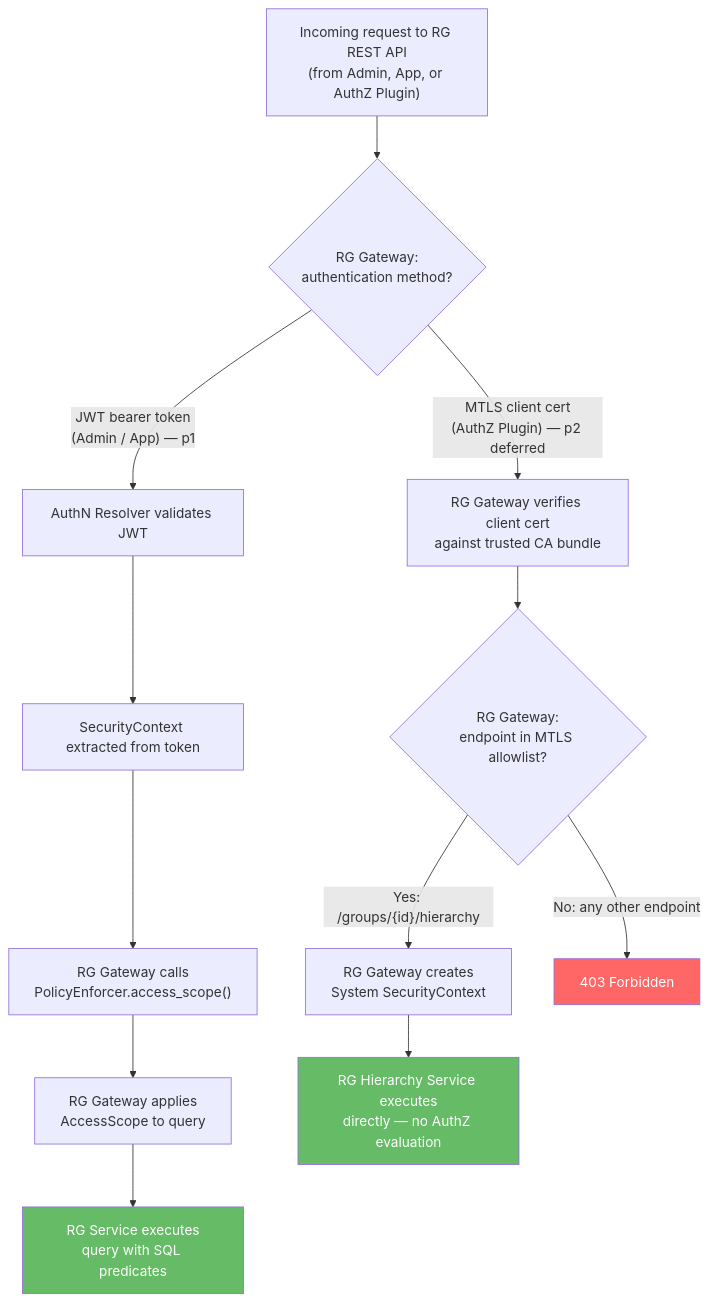
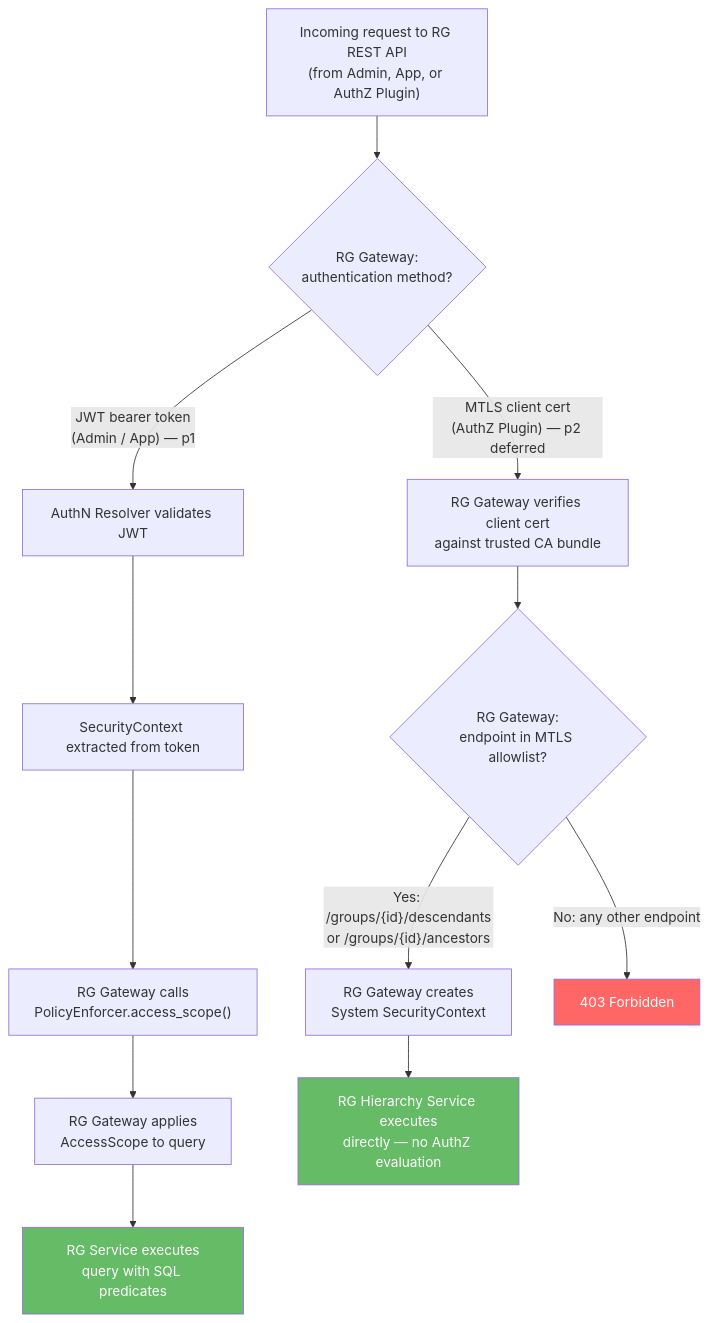
Before and after one commit to ffedoroff/gears-rust: the sixth of 8 diagrams in gears/system/resource-group/docs/DESIGN.md, drawn with Mermaid. The commit also changed other lines of this file and 8 other files, not shown here.

````diff
--- a/gears/system/resource-group/docs/DESIGN.md
+++ b/gears/system/resource-group/docs/DESIGN.md
@@ -989,20 +1019,20 @@
 ```mermaid
 flowchart TD
     REQ["Incoming request to RG REST API<br/>(from Admin, App, or AuthZ Plugin)"] --> AUTH_CHECK{RG Gateway:<br/>authentication method?}
 
     AUTH_CHECK -->|"JWT bearer token<br/>(Admin / App) — p1"| JWT_PATH[AuthN Resolver validates JWT]
     JWT_PATH --> SEC_CTX[SecurityContext extracted from token]
     SEC_CTX --> AUTHZ["RG Gateway calls<br/>PolicyEnforcer.access_scope()"]
     AUTHZ --> CONSTRAINTS[RG Gateway applies<br/>AccessScope to query]
     CONSTRAINTS --> EXEC["RG Service executes<br/>query with SQL predicates"]
 
     AUTH_CHECK -->|"MTLS client cert<br/>(AuthZ Plugin) — p2 deferred"| MTLS_PATH["RG Gateway verifies client cert<br/>against trusted CA bundle"]
     MTLS_PATH --> ENDPOINT_CHECK{RG Gateway:<br/>endpoint in MTLS allowlist?}
-    ENDPOINT_CHECK -->|"Yes: /groups/{id}/hierarchy"| SYSTEM_CTX["RG Gateway creates<br/>System SecurityContext"]
+    ENDPOINT_CHECK -->|"Yes: /groups/{id}/descendants<br/>or /groups/{id}/ancestors"| SYSTEM_CTX["RG Gateway creates<br/>System SecurityContext"]
     SYSTEM_CTX --> EXEC_DIRECT["RG Hierarchy Service executes<br/>directly — no AuthZ evaluation"]
     ENDPOINT_CHECK -->|No: any other endpoint| REJECT[403 Forbidden]
 
     style REJECT fill:#f66,color:#fff
     style EXEC_DIRECT fill:#6b6,color:#fff
     style EXEC fill:#6b6,color:#fff
 ```
````
